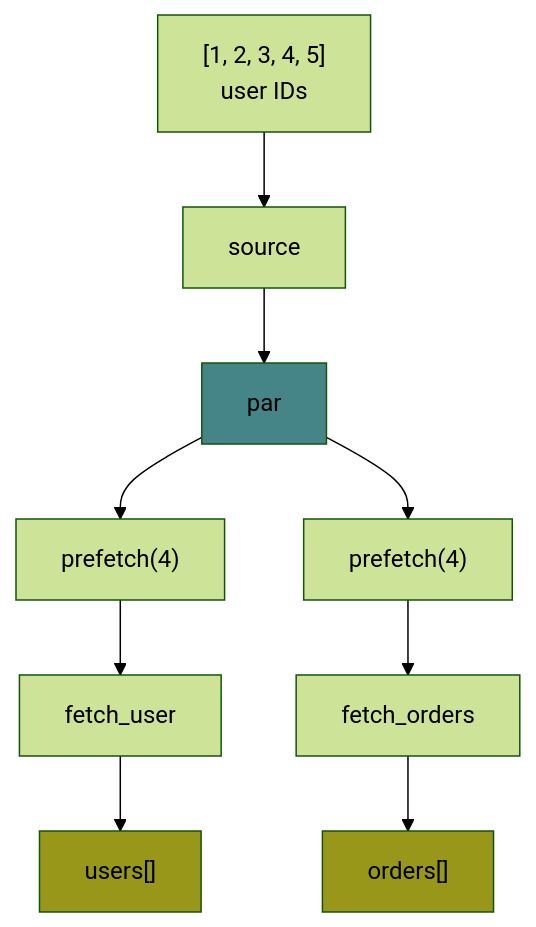
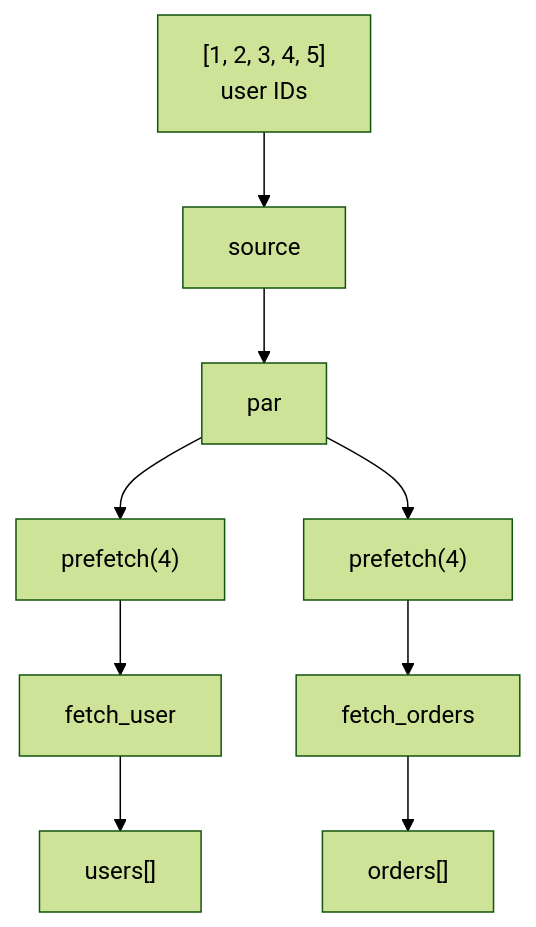
The ninth of 9 diagrams in docs/features/concurrency.md (IsaacTay/akayu), drawn with Mermaid (forest theme) before and after one commit. The commit also changed other lines of this file and 8 other files, not shown here.

````diff
--- a/docs/features/concurrency.md
+++ b/docs/features/concurrency.md
@@ -356,18 +351,14 @@
 ```mermaid
 flowchart TD
-    I["[1, 2, 3, 4, 5]<br/>user IDs"] --> S[source]
-    S --> P[par]
+    I["[1, 2, 3, 4, 5]<br/>user IDs"]:::source --> S[source]:::source
+    S --> P[par]:::process
 
-    P --> PF1["prefetch(4)"]
-    P --> PF2["prefetch(4)"]
+    P --> PF1["prefetch(4)"]:::process
+    P --> PF2["prefetch(4)"]:::process
 
-    PF1 --> U["fetch_user"]
-    PF2 --> O["fetch_orders"]
+    PF1 --> U["fetch_user"]:::process
+    PF2 --> O["fetch_orders"]:::process
 
-    U --> US["users[]"]
-    O --> OS["orders[]"]
-
-    style P fill:#458588
-    style US fill:#98971a
-    style OS fill:#98971a
+    U --> US["users[]"]:::sink
+    O --> OS["orders[]"]:::sink
 ```
````
